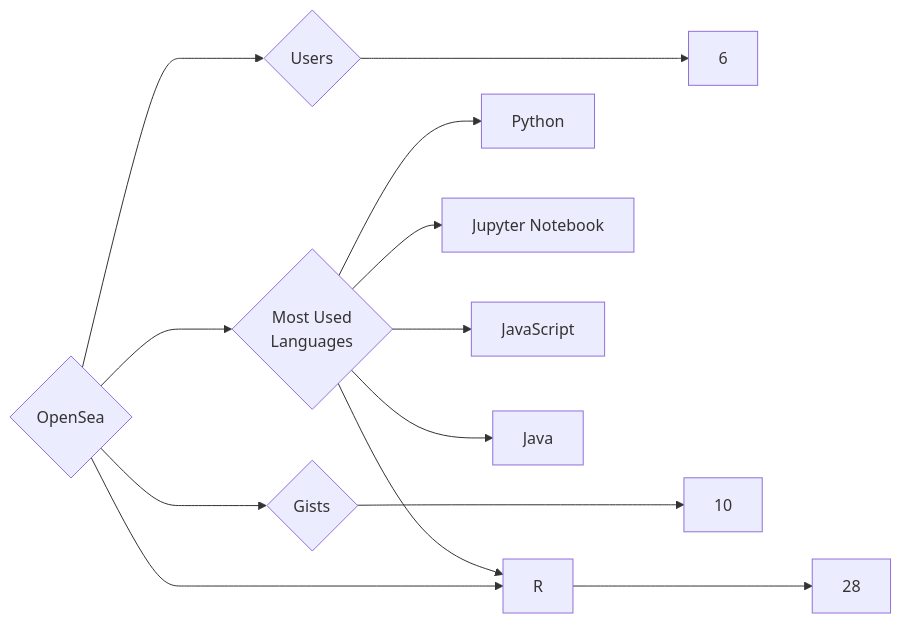
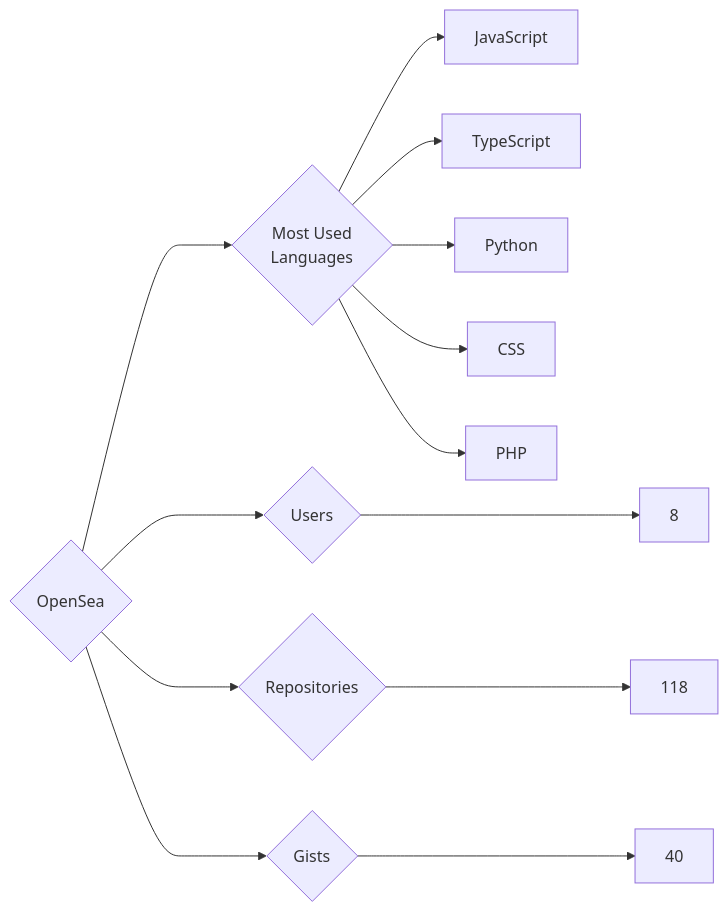
The diagram in targets/OpenSea/README.md (trickest/insiders), drawn with Mermaid before and after one commit. The commit also changed 1389 other files, not shown here.

````diff
--- a/targets/OpenSea/README.md
+++ b/targets/OpenSea/README.md
@@ -3,13 +3,13 @@
 ```mermaid
 graph LR
 COMPANY_NAME{OpenSea}
-COMPANY_NAME ---> U{Users} ---> UN[6]
-COMPANY_NAME ---> R{Repositories} ---> RN[28]
-COMPANY_NAME ---> G{Gists} ---> GN[10]
+COMPANY_NAME ---> U{Users} ---> UN[8]
+COMPANY_NAME ---> R{Repositories} ---> RN[118]
+COMPANY_NAME ---> G{Gists} ---> GN[40]
 COMPANY_NAME ---> ML{Most Used<br>Languages}
+ML --> JavaScript[JavaScript]
+ML --> TypeScript[TypeScript]
 ML --> Python[Python]
-ML --> R[R]
-ML --> Jupyter_Notebook[Jupyter Notebook]
-ML --> JavaScript[JavaScript]
-ML --> Java[Java]
+ML --> CSS[CSS]
+ML --> PHP[PHP]
 ```
````
